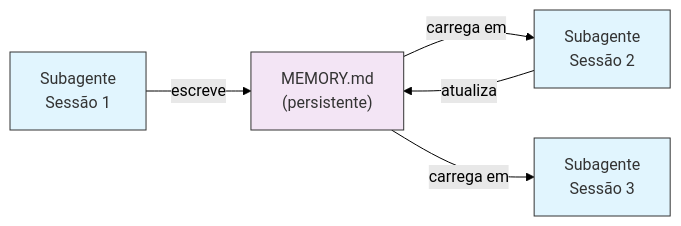
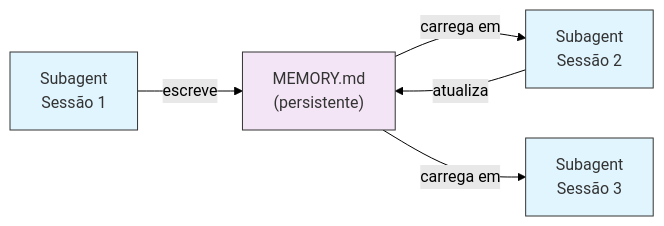
Before and after one commit to Diegobecker07/claude-howto: the first of 7 diagrams in pt-BR/04-subagents/README.md, drawn with Mermaid (forest theme). The commit also changed other lines of this file and 26 other files, not shown here.

````diff
--- a/pt-BR/04-subagents/README.md
+++ b/pt-BR/04-subagents/README.md
@@ -451,12 +451,12 @@
 ```mermaid
 graph LR
-    A["Subagente<br/>Sessão 1"] -->|escreve| M["MEMORY.md<br/>(persistente)"]
-    M -->|carrega em| B["Subagente<br/>Sessão 2"]
+    A["Subagent<br/>Sessão 1"] -->|escreve| M["MEMORY.md<br/>(persistente)"]
+    M -->|carrega em| B["Subagent<br/>Sessão 2"]
     B -->|atualiza| M
-    M -->|carrega em| C["Subagente<br/>Sessão 3"]
+    M -->|carrega em| C["Subagent<br/>Sessão 3"]
 
     style A fill:#e1f5fe,stroke:#333,color:#333
     style B fill:#e1f5fe,stroke:#333,color:#333
     style C fill:#e1f5fe,stroke:#333,color:#333
     style M fill:#f3e5f5,stroke:#333,color:#333
 ```
````
